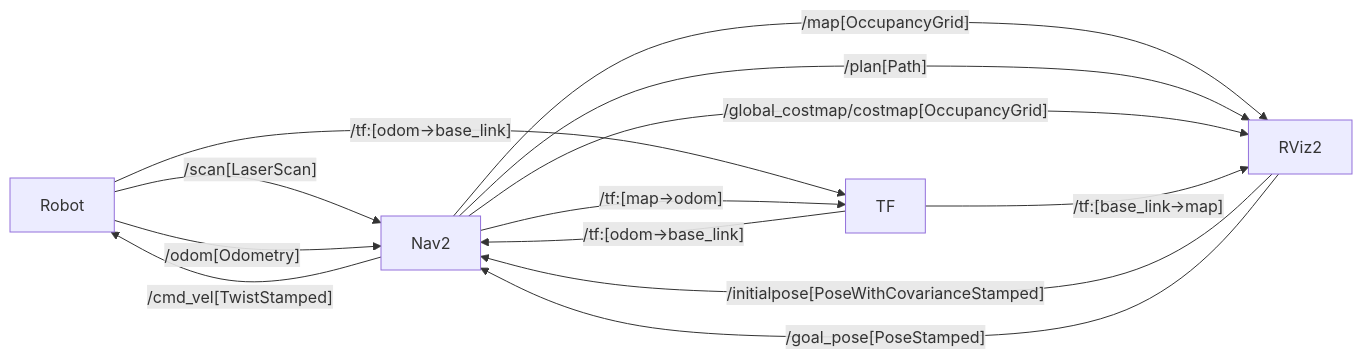
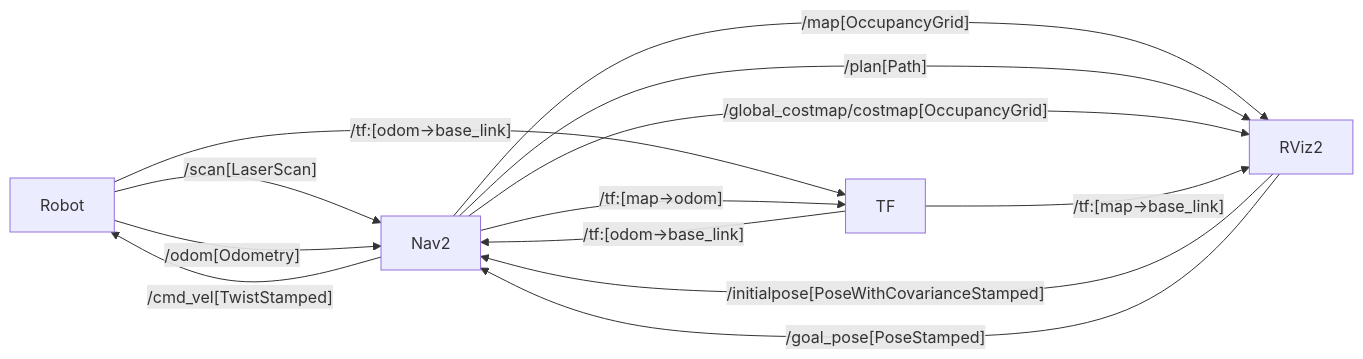
The second of 2 diagrams in README.md (jfrancis71/ros2_nav2_demo), drawn with Mermaid before and after one commit. The commit also changed other lines of this file, not shown here.

Commit message:
Update README.md
Changed to map->base_link in mermaid diagrams. Makes clearer which is the parent and the descendent.

````diff
--- a/README.md
+++ b/README.md
@@ -67,15 +67,15 @@
 ``` mermaid
     flowchart LR
     Robot --/scan[LaserScan] --> Nav2
     Robot --/tf:[odom->base_link] --> TF
     Robot --/odom[Odometry] --> Nav2
     Nav2 --/map[OccupancyGrid] --> RViz2
     Nav2 --/tf:[map->odom] --> TF
     Nav2 --/plan[Path] --> RViz2
     Nav2 --/global_costmap/costmap[OccupancyGrid] --> RViz2
     Nav2 --/cmd_vel[TwistStamped] --> Robot
     TF --/tf:[odom->base_link] --> Nav2
-    TF --/tf:[base_link->map] --> RViz2
+    TF --/tf:[map->base_link] --> RViz2
     RViz2 --/initialpose[PoseWithCovarianceStamped] --> Nav2
     RViz2 --/goal_pose[PoseStamped] --> Nav2
 ``` 
````
